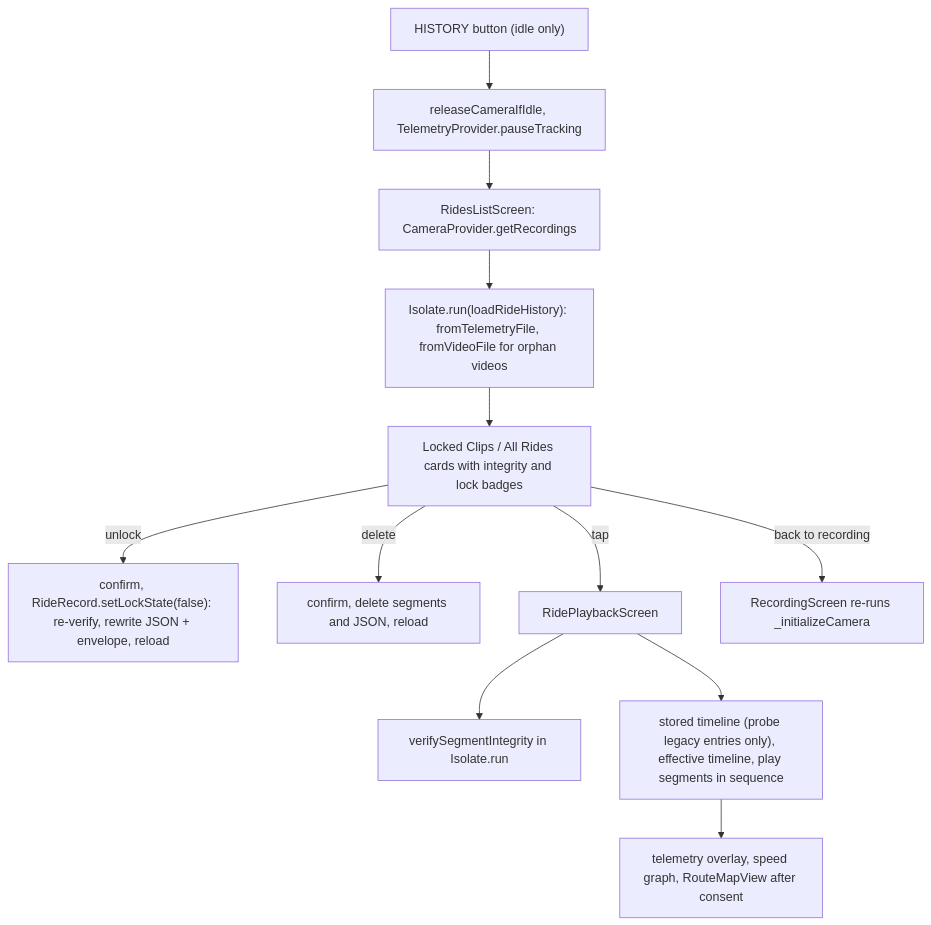
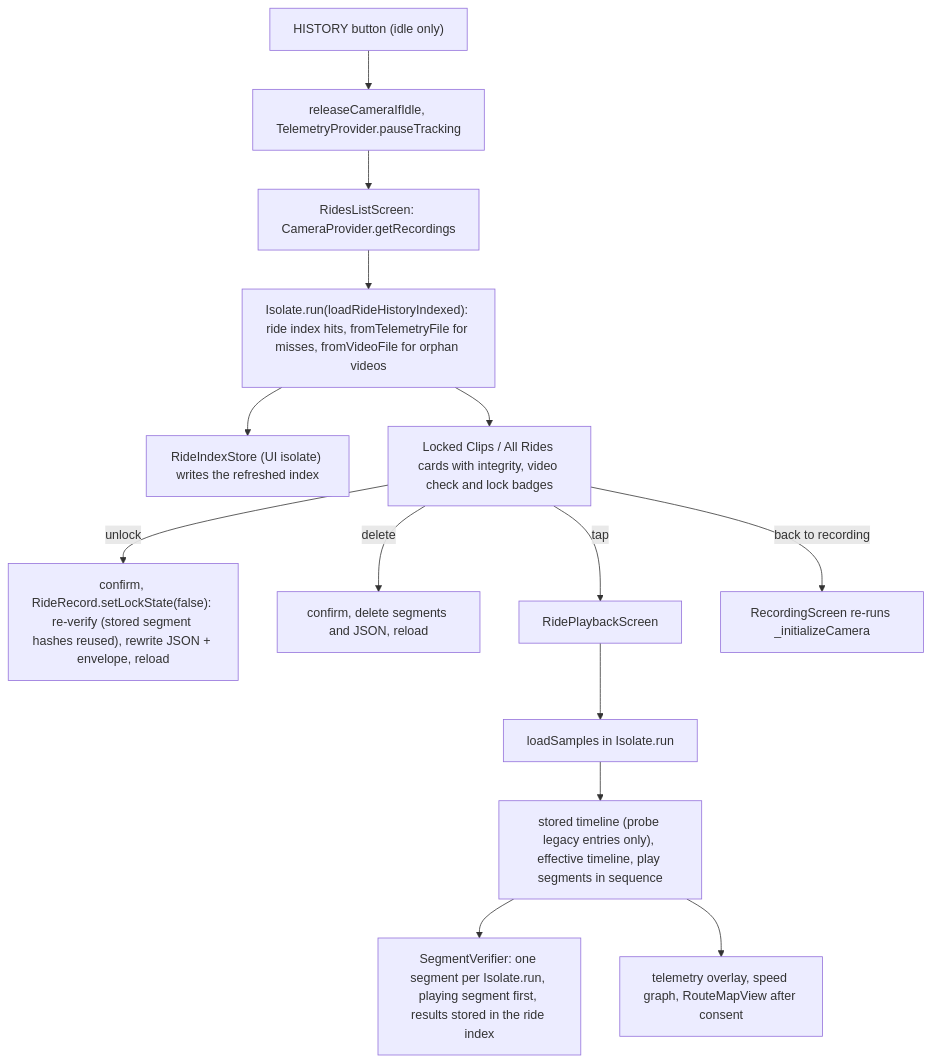
One commit to Sarthak195/MotoCam changed the third of 3 diagrams in docs/architecture.md. Above: the diagram before and after it, drawn with Mermaid. The commit also changed other lines of this file and 4 other files, not shown here.

First line of the commit message:
docs: describe the ride index, sample-less history and per-segment video checks (F054, F048)

````diff
--- a/docs/architecture.md
+++ b/docs/architecture.md
@@ -209,14 +211,16 @@
 ```mermaid
 flowchart TD
     H["HISTORY button (idle only)"] --> R["releaseCameraIfIdle, TelemetryProvider.pauseTracking"]
     R --> L["RidesListScreen: CameraProvider.getRecordings"]
-    L --> F["Isolate.run(loadRideHistory): fromTelemetryFile, fromVideoFile for orphan videos"]
-    F --> List["Locked Clips / All Rides cards with integrity and lock badges"]
-    List -->|unlock| U["confirm, RideRecord.setLockState(false): re-verify, rewrite JSON + envelope, reload"]
+    L --> F["Isolate.run(loadRideHistoryIndexed): ride index hits, fromTelemetryFile for misses, fromVideoFile for orphan videos"]
+    F --> W["RideIndexStore (UI isolate) writes the refreshed index"]
+    F --> List["Locked Clips / All Rides cards with integrity, video check and lock badges"]
+    List -->|unlock| U["confirm, RideRecord.setLockState(false): re-verify (stored segment hashes reused), rewrite JSON + envelope, reload"]
     List -->|delete| D["confirm, delete segments and JSON, reload"]
     List -->|tap| P["RidePlaybackScreen"]
-    P --> V["verifySegmentIntegrity in Isolate.run"]
-    P --> I["stored timeline (probe legacy entries only), effective timeline, play segments in sequence"]
+    P --> S["loadSamples in Isolate.run"]
+    S --> I["stored timeline (probe legacy entries only), effective timeline, play segments in sequence"]
+    I --> V["SegmentVerifier: one segment per Isolate.run, playing segment first, results stored in the ride index"]
     I --> M["telemetry overlay, speed graph, RouteMapView after consent"]
     List -->|back to recording| C["RecordingScreen re-runs _initializeCamera"]
 ```
````
